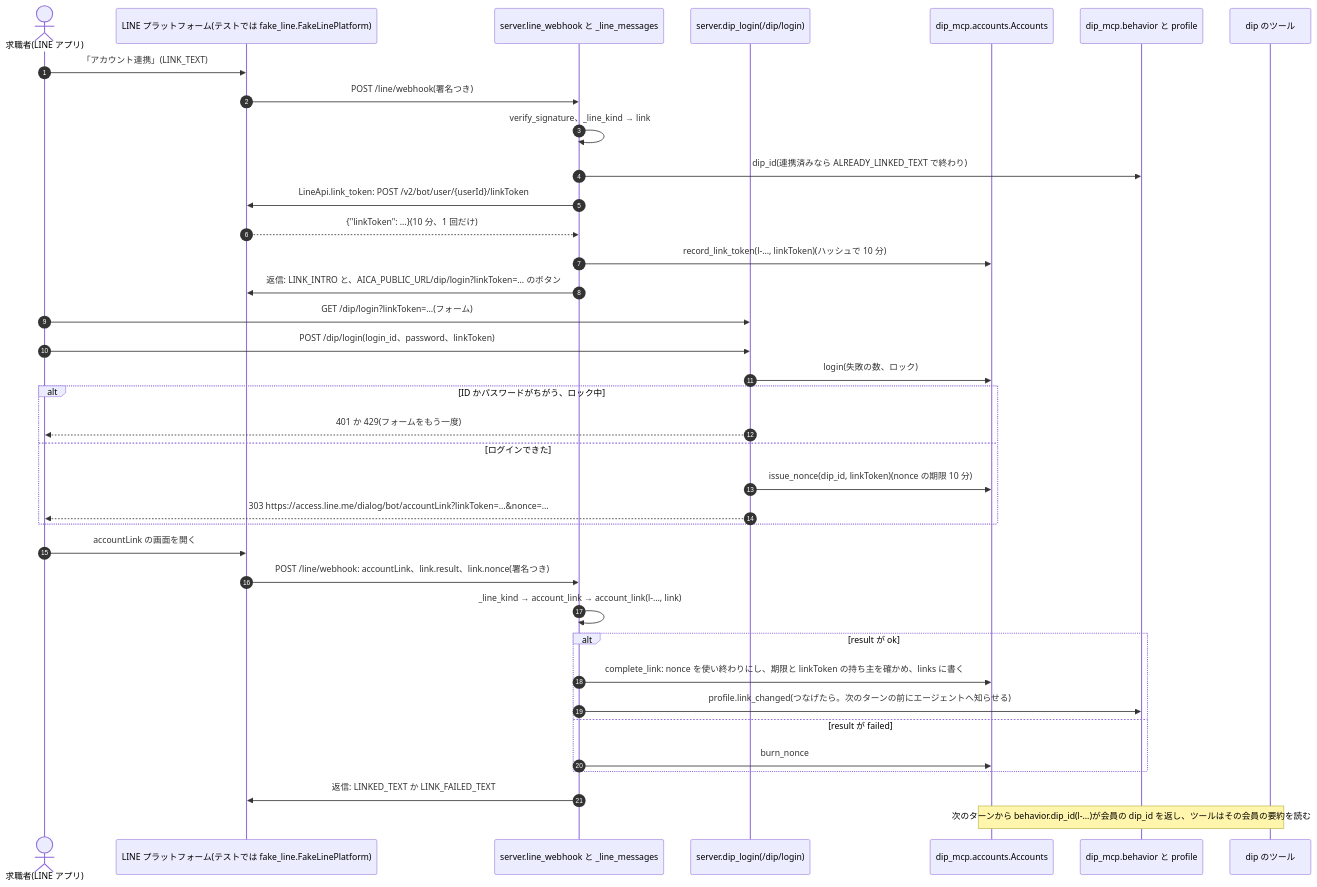
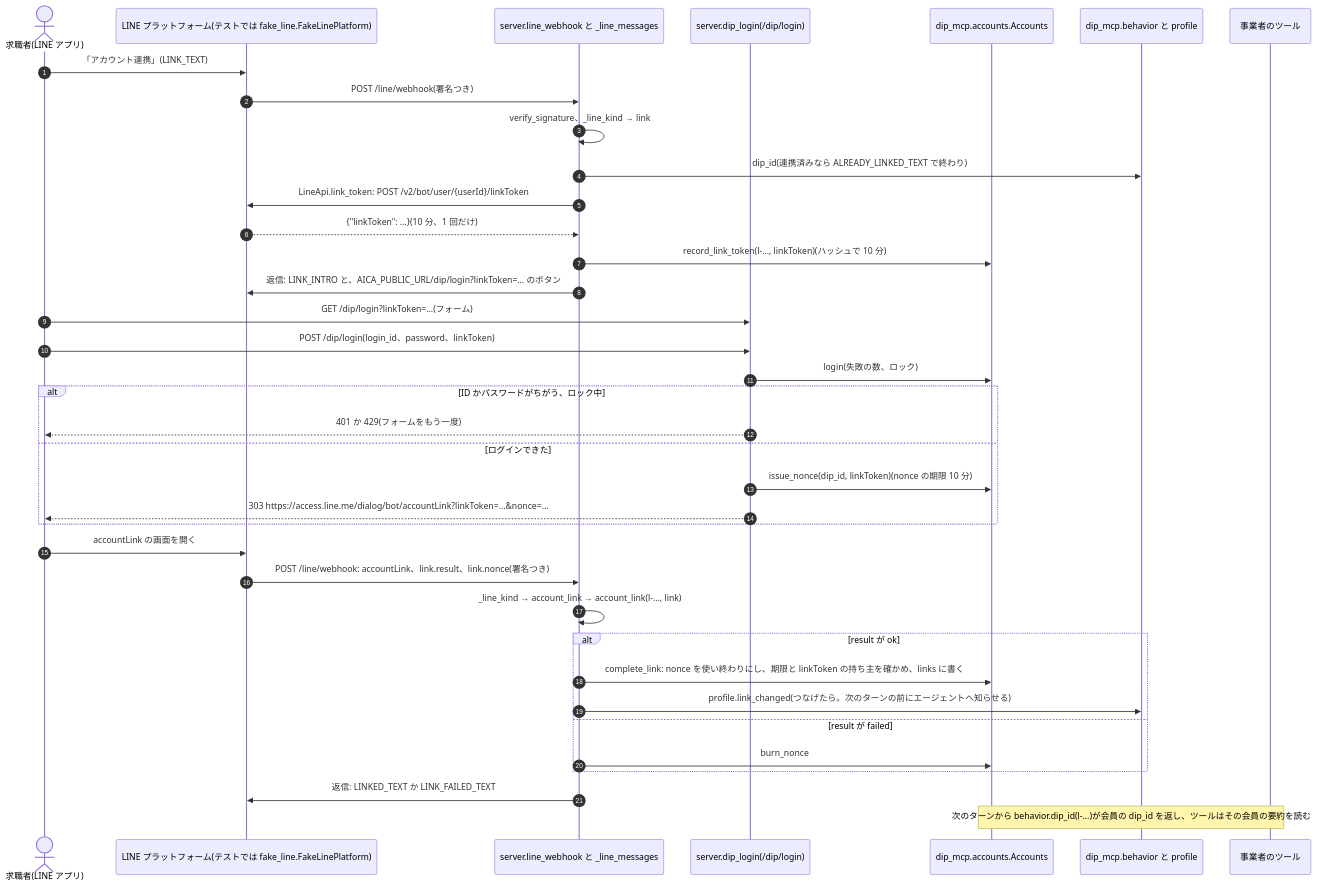
Diagram 12 of 12 in docs/architecture/lld.md (jyoka/aica), drawn with Mermaid before and after one commit. The commit also changed other lines of this file and 51 other files, not shown here.

````diff
--- a/docs/architecture/lld.md
+++ b/docs/architecture/lld.md
@@ -2053,40 +2053,40 @@
 ```mermaid
 sequenceDiagram
     autonumber
     actor U as 求職者(LINE アプリ)
     participant L as LINE プラットフォーム(テストでは fake_line.FakeLinePlatform)
     participant W as server.line_webhook と _line_messages
     participant D as server.dip_login(/dip/login)
     participant A as dip_mcp.accounts.Accounts
     participant BH as dip_mcp.behavior と profile
-    participant T as dip のツール
+    participant T as 事業者のツール
 
     U->>L: 「アカウント連携」(LINK_TEXT)
     L->>W: POST /line/webhook(署名つき)
     W->>W: verify_signature、_line_kind → link
     W->>BH: dip_id(連携済みなら ALREADY_LINKED_TEXT で終わり)
     W->>L: LineApi.link_token: POST /v2/bot/user/{userId}/linkToken
     L-->>W: {"linkToken": …}(10 分、1 回だけ)
     W->>A: record_link_token(l-…, linkToken)(ハッシュで 10 分)
     W->>L: 返信: LINK_INTRO と、AICA_PUBLIC_URL/dip/login?linkToken=… のボタン
     U->>D: GET /dip/login?linkToken=…(フォーム)
     U->>D: POST /dip/login(login_id、password、linkToken)
     D->>A: login(失敗の数、ロック)
     alt ID かパスワードがちがう、ロック中
         D-->>U: 401 か 429(フォームをもう一度)
     else ログインできた
         D->>A: issue_nonce(dip_id, linkToken)(nonce の期限 10 分)
         D-->>U: 303 https://access.line.me/dialog/bot/accountLink?linkToken=…&nonce=…
     end
     U->>L: accountLink の画面を開く
     L->>W: POST /line/webhook: accountLink、link.result、link.nonce(署名つき)
     W->>W: _line_kind → account_link → account_link(l-…, link)
     alt result が ok
         W->>A: complete_link: nonce を使い終わりにし、期限と linkToken の持ち主を確かめ、links に書く
         W->>BH: profile.link_changed(つなげたら。次のターンの前にエージェントへ知らせる)
     else result が failed
         W->>A: burn_nonce
     end
     W->>L: 返信: LINKED_TEXT か LINK_FAILED_TEXT
     Note over T,A: 次のターンから behavior.dip_id(l-…)が会員の dip_id を返し、ツールはその会員の要約を読む
 ```
````
